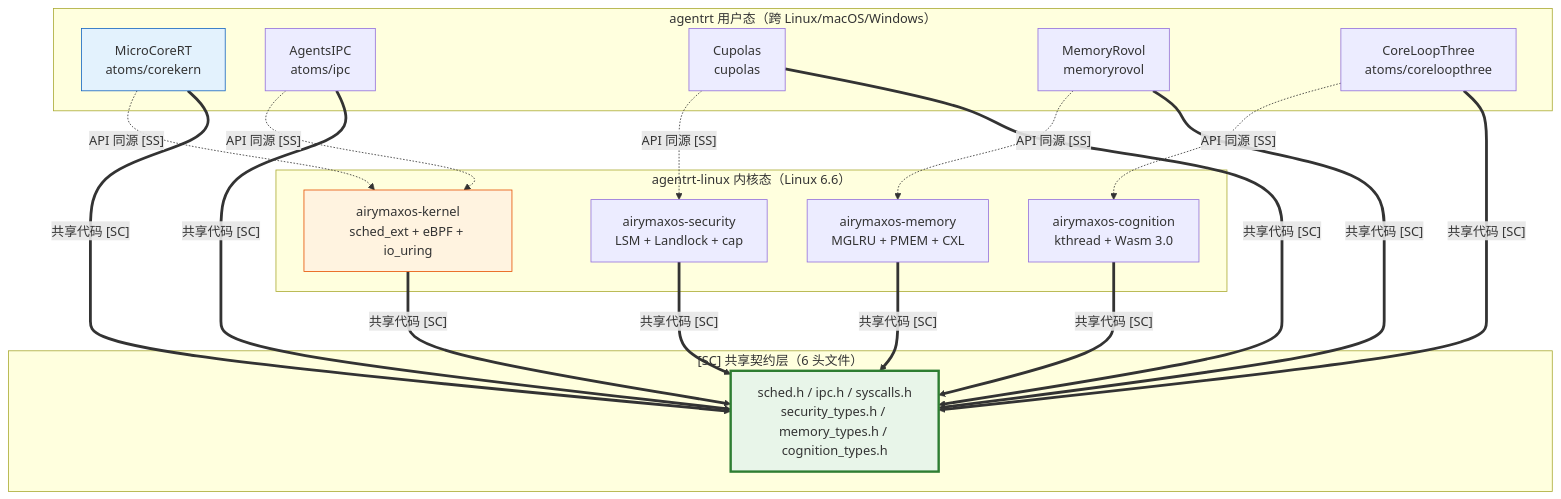
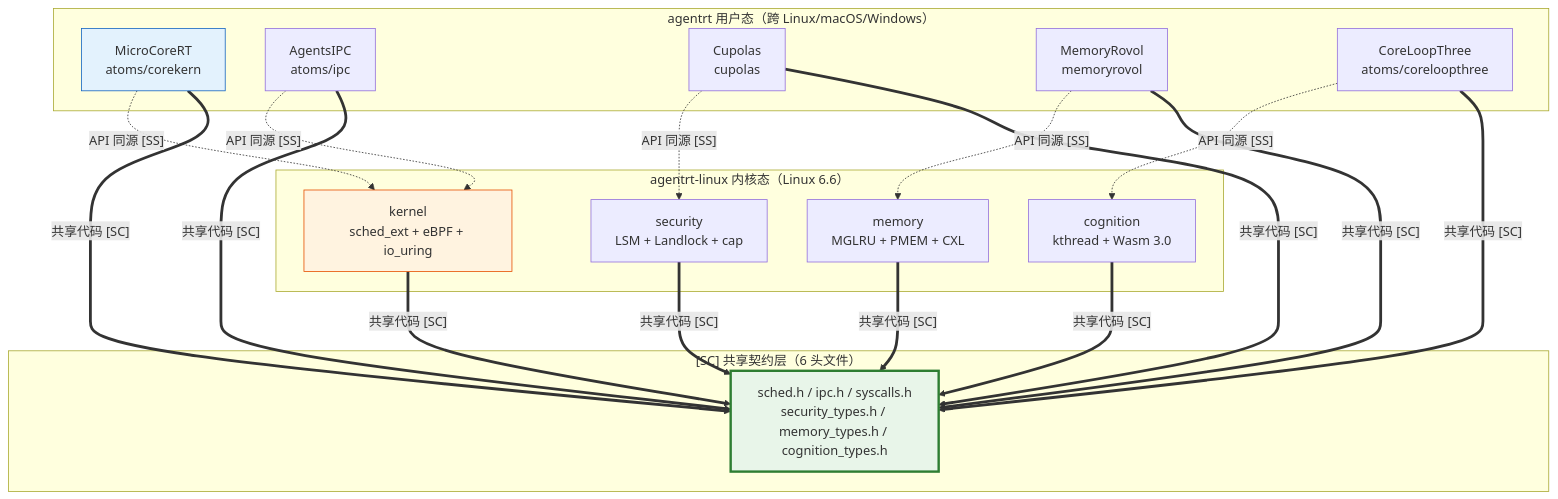
One commit to SpharxTeam/Docs changed the diagram in AirymaxOS/10-architecture/01-system-architecture.md. Above: the diagram before and after it, drawn with Mermaid. The commit also changed other lines of this file and 217 other files, not shown here.

````diff
--- a/AirymaxOS/10-architecture/01-system-architecture.md
+++ b/AirymaxOS/10-architecture/01-system-architecture.md
@@ -289,41 +289,41 @@
 ```mermaid
 graph TB
     subgraph "agentrt 用户态（跨 Linux/macOS/Windows）"
         RT_CORE[MicroCoreRT<br/>atoms/corekern]
         RT_IPC[AgentsIPC<br/>atoms/ipc]
         RT_SEC[Cupolas<br/>cupolas]
         RT_MEM[MemoryRovol<br/>memoryrovol]
         RT_COG[CoreLoopThree<br/>atoms/coreloopthree]
     end
 
     subgraph "agentrt-linux 内核态（Linux 6.6）"
-        OS_KERN[airymaxos-kernel<br/>sched_ext + eBPF + io_uring]
-        OS_SEC[airymaxos-security<br/>LSM + Landlock + cap]
-        OS_MEM[airymaxos-memory<br/>MGLRU + PMEM + CXL]
-        OS_COG[airymaxos-cognition<br/>kthread + Wasm 3.0]
+        OS_KERN[kernel<br/>sched_ext + eBPF + io_uring]
+        OS_SEC[security<br/>LSM + Landlock + cap]
+        OS_MEM[memory<br/>MGLRU + PMEM + CXL]
+        OS_COG[cognition<br/>kthread + Wasm 3.0]
     end
 
     subgraph "[SC] 共享契约层（6 头文件）"
         SC[sched.h / ipc.h / syscalls.h<br/>security_types.h / memory_types.h / cognition_types.h]
     end
 
     RT_CORE -.->|"API 同源 [SS]"| OS_KERN
     RT_IPC -.->|"API 同源 [SS]"| OS_KERN
     RT_SEC -.->|"API 同源 [SS]"| OS_SEC
     RT_MEM -.->|"API 同源 [SS]"| OS_MEM
     RT_COG -.->|"API 同源 [SS]"| OS_COG
 
     RT_CORE ==>|"共享代码 [SC]"| SC
     RT_IPC ==>|"共享代码 [SC]"| SC
     RT_SEC ==>|"共享代码 [SC]"| SC
     RT_MEM ==>|"共享代码 [SC]"| SC
     RT_COG ==>|"共享代码 [SC]"| SC
     OS_KERN ==>|"共享代码 [SC]"| SC
     OS_SEC ==>|"共享代码 [SC]"| SC
     OS_MEM ==>|"共享代码 [SC]"| SC
     OS_COG ==>|"共享代码 [SC]"| SC
 
     style SC fill:#e8f5e9,stroke:#2e7d32,stroke-width:3px
     style RT_CORE fill:#e3f2fd,stroke:#1565c0
     style OS_KERN fill:#fff3e0,stroke:#e65100
 ```
````
